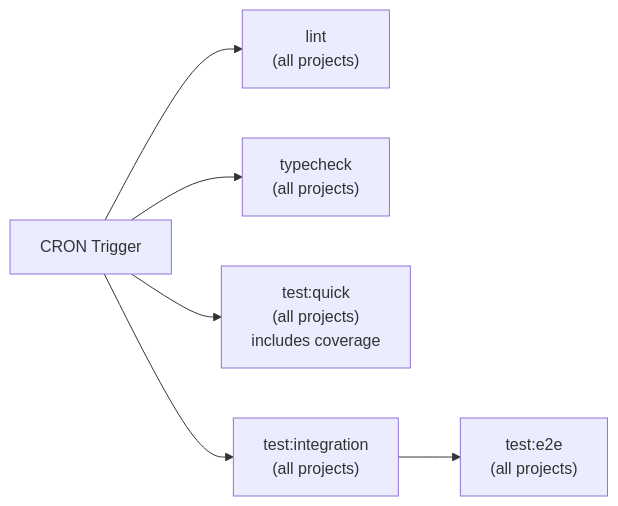
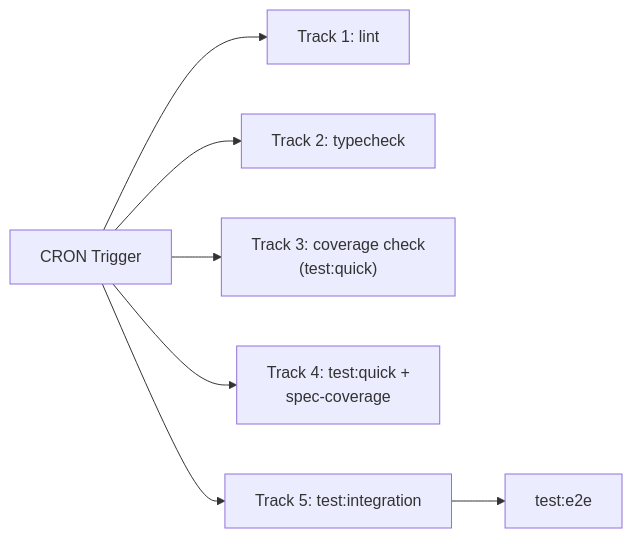
Before and after one commit to wahidyankf/open-sharia-enterprise: the diagram in plans/in-progress/2026-03-31__ci-standardization/requirements.md, drawn with Mermaid. The commit also changed other lines of this file and 3 other files, not shown here.

First line of the commit message:
docs(plans): add 5-track CRON, a11y testing, env vars, spec-coverage at all gates

````diff
--- a/plans/in-progress/2026-03-31__ci-standardization/requirements.md
+++ b/plans/in-progress/2026-03-31__ci-standardization/requirements.md
@@ -366,8 +467,9 @@
 ```mermaid
 flowchart LR
-    CRON["CRON Trigger"] --> LINT["lint<br/>(all projects)"]
-    CRON --> TC["typecheck<br/>(all projects)"]
-    CRON --> TQ["test:quick<br/>(all projects)<br/>includes coverage"]
-    CRON --> INT["test:integration<br/>(all projects)"]
-    INT --> E2E["test:e2e<br/>(all projects)"]
+    CRON["CRON Trigger"] --> LINT["Track 1: lint"]
+    CRON --> TC["Track 2: typecheck"]
+    CRON --> COV["Track 3: coverage check<br/>(test:quick)"]
+    CRON --> SPEC["Track 4: test:quick +<br/>spec-coverage"]
+    CRON --> INT["Track 5: test:integration"]
+    INT --> E2E["test:e2e"]
 ```
````
